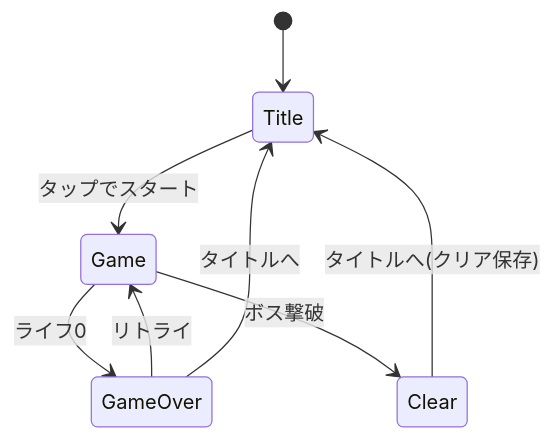
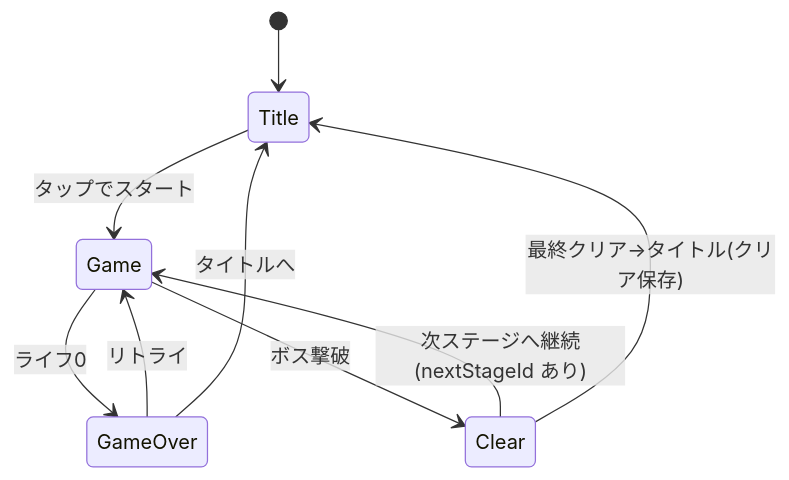
The second of 2 diagrams in docs/glossary.md (n-yata/last-spark), drawn with Mermaid before and after one commit. The commit also changed other lines of this file and 20 other files, not shown here.

````diff
--- a/docs/glossary.md
+++ b/docs/glossary.md
@@ -324,10 +384,11 @@
 ```mermaid
 stateDiagram-v2
     [*] --> Title
     Title --> Game: タップでスタート
     Game --> GameOver: ライフ0
     Game --> Clear: ボス撃破
     GameOver --> Game: リトライ
     GameOver --> Title: タイトルへ
-    Clear --> Title: タイトルへ(クリア保存)
+    Clear --> Game: 次ステージへ継続(nextStageId あり)
+    Clear --> Title: 最終クリア→タイトル(クリア保存)
 ```
````
